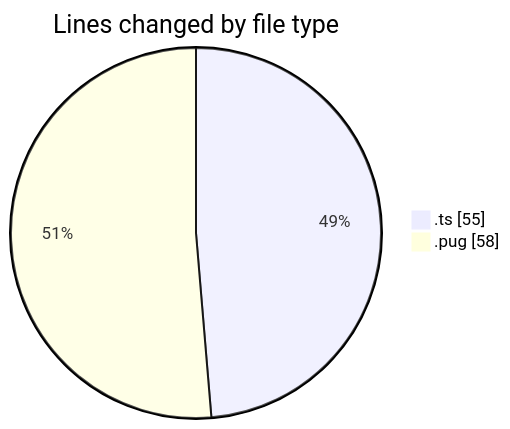
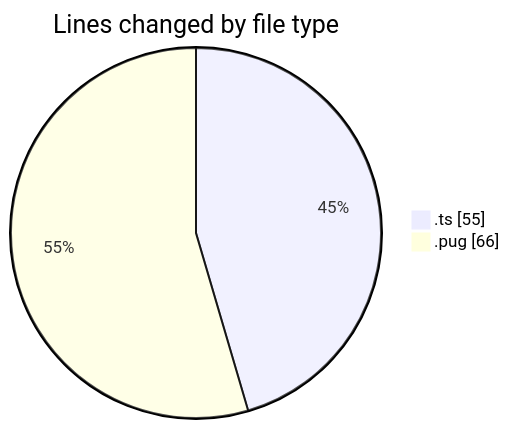
Before and after one commit to momahboobian/code-tracking: the first of 2 diagrams in 2025-10-31/cda/README.md, drawn with Mermaid. The commit also changed other lines of this file and 1 other file, not shown here.

````diff
--- a/2025-10-31/cda/README.md
+++ b/2025-10-31/cda/README.md
@@ -22,6 +22,6 @@
 ```mermaid
 pie showData
 title Lines changed by file type
 ".ts" : 55
-".pug" : 58
+".pug" : 66
 ```
````
